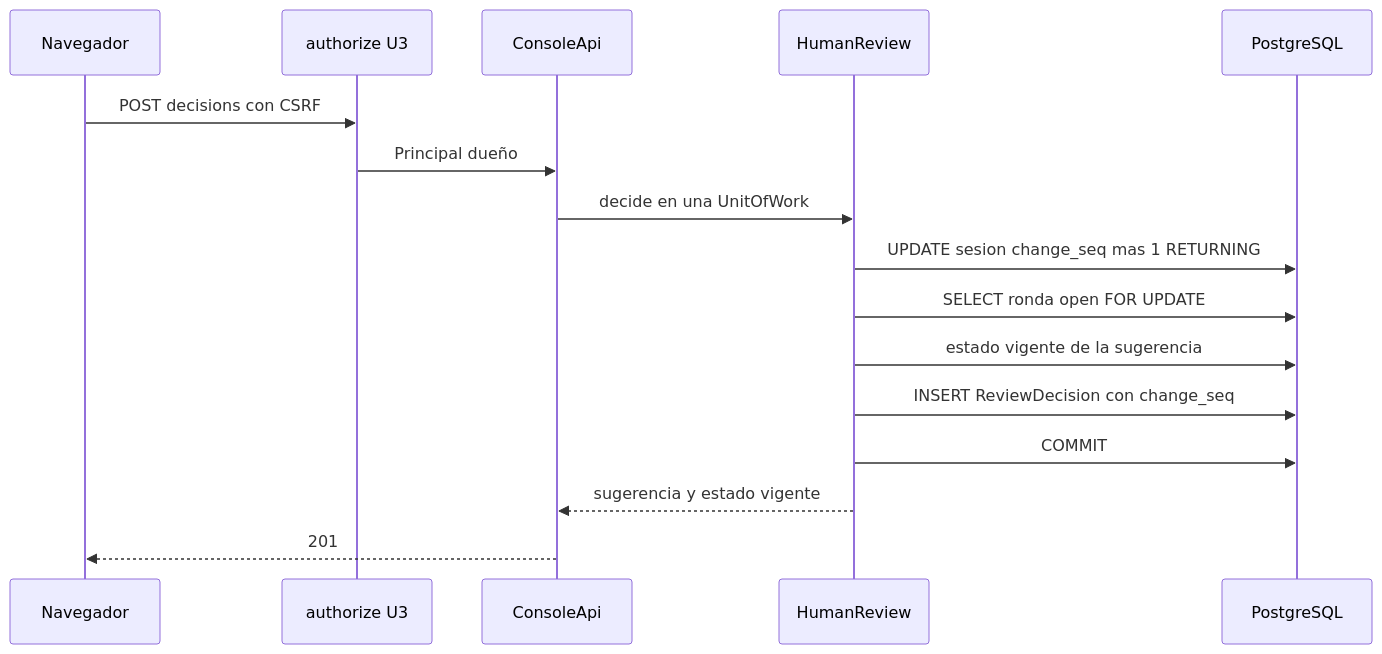
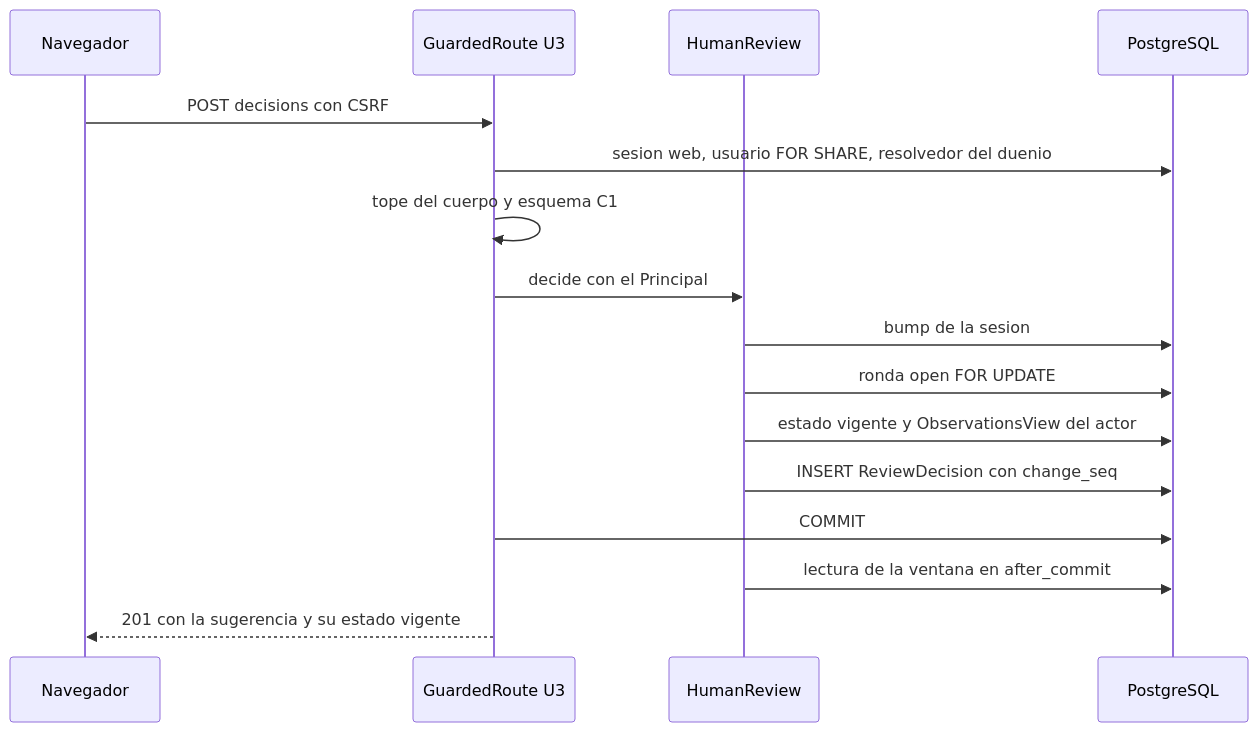
The diagram in aidlc/spaces/default/intents/261002-veridicus-mvp/construction/human-review/nfr-design/performance-design.md (freyesJaveriana/tai), drawn with Mermaid before and after one commit. The commit also changed other lines of this file and 10 other files, not shown here.

````diff
--- a/aidlc/spaces/default/intents/261002-veridicus-mvp/construction/human-review/nfr-design/performance-design.md
+++ b/aidlc/spaces/default/intents/261002-veridicus-mvp/construction/human-review/nfr-design/performance-design.md
@@ -19,18 +25,18 @@
 ```mermaid
 sequenceDiagram
   participant N as Navegador
-  participant A as authorize U3
-  participant C as ConsoleApi
+  participant G as GuardedRoute U3
   participant H as HumanReview
   participant DB as PostgreSQL
-  N->>A: POST decisions con CSRF
-  A->>C: Principal dueño
-  C->>H: decide en una UnitOfWork
-  H->>DB: UPDATE sesion change_seq mas 1 RETURNING
-  H->>DB: SELECT ronda open FOR UPDATE
-  H->>DB: estado vigente de la sugerencia
+  N->>G: POST decisions con CSRF
+  G->>DB: sesion web, usuario FOR SHARE, resolvedor del duenio
+  G->>G: tope del cuerpo y esquema C1
+  G->>H: decide con el Principal
+  H->>DB: bump de la sesion
+  H->>DB: ronda open FOR UPDATE
+  H->>DB: estado vigente y ObservationsView del actor
   H->>DB: INSERT ReviewDecision con change_seq
-  H->>DB: COMMIT
-  H-->>C: sugerencia y estado vigente
-  C-->>N: 201
+  G->>DB: COMMIT
+  H->>DB: lectura de la ventana en after_commit
+  G-->>N: 201 con la sugerencia y su estado vigente
 ```
````
